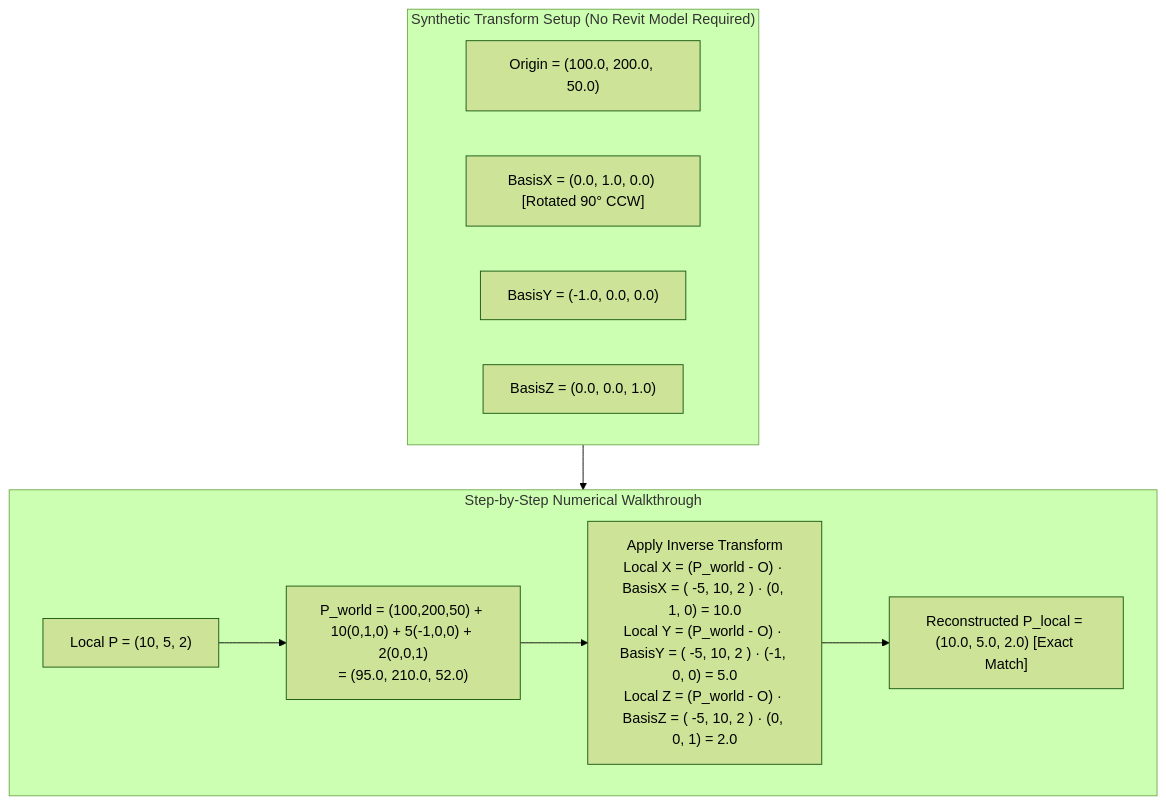
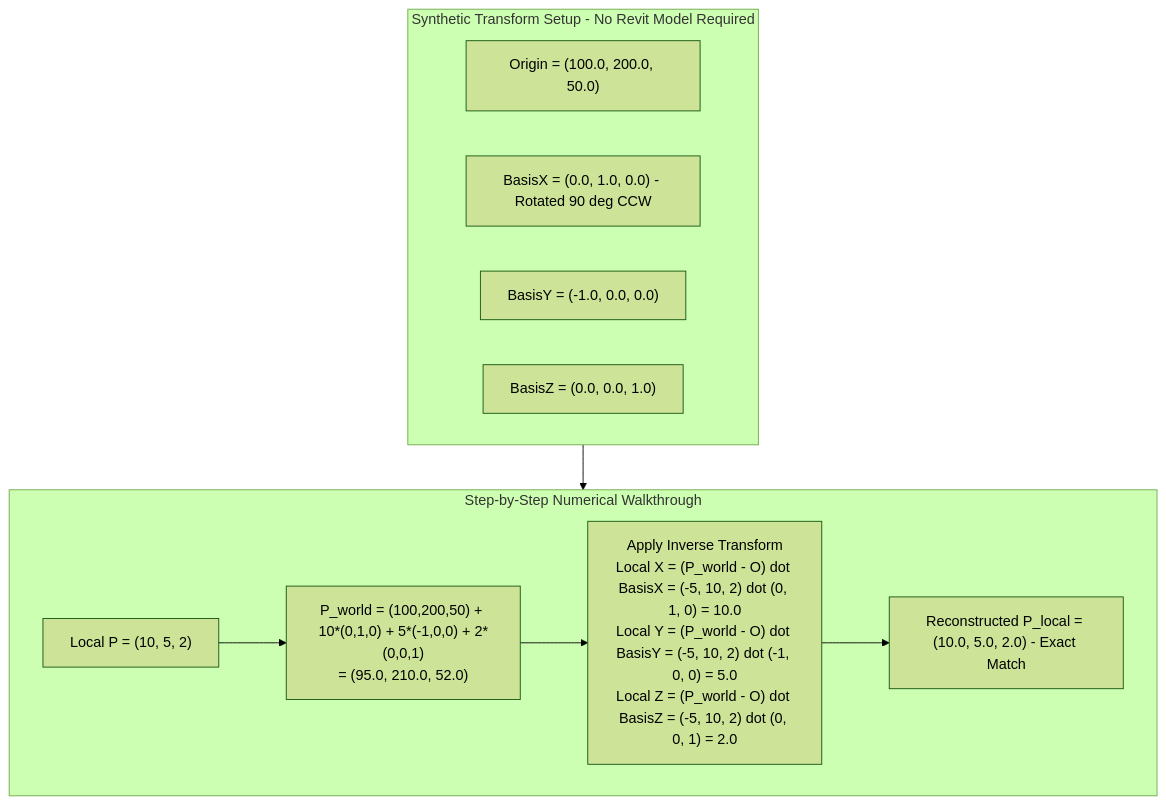
One commit to Mustafa-TOMMY/CommandSamplesRevitApiVer2025 changed diagram 15 of 31 in RevitApiSamples/Samples/TransformModule/TransformModule.md. Above: the diagram before and after it, drawn with Mermaid (forest theme). The commit also changed other lines of this file, not shown here.

Commit message:
Update the mermaid sections

````diff
--- a/RevitApiSamples/Samples/TransformModule/TransformModule.md
+++ b/RevitApiSamples/Samples/TransformModule/TransformModule.md
@@ -451,17 +478,17 @@
 ```mermaid
 flowchart TD
-    subgraph SyntheticSetup["Synthetic Transform Setup (No Revit Model Required)"]
+    subgraph SyntheticSetup["Synthetic Transform Setup - No Revit Model Required"]
         O["Origin = (100.0, 200.0, 50.0)"]
-        BX["BasisX = (0.0, 1.0, 0.0) [Rotated 90° CCW]"]
+        BX["BasisX = (0.0, 1.0, 0.0) - Rotated 90 deg CCW"]
         BY["BasisY = (-1.0, 0.0, 0.0)"]
         BZ["BasisZ = (0.0, 0.0, 1.0)"]
     end
 
     subgraph MathWalkthrough["Step-by-Step Numerical Walkthrough"]
-        PT["Local P = (10, 5, 2)"] --> FWD["P_world = (100,200,50) + 10(0,1,0) + 5(-1,0,0) + 2(0,0,1)\n= (95.0, 210.0, 52.0)"]
-        FWD --> INV["Apply Inverse Transform\nLocal X = (P_world - O) · BasisX = ( -5, 10, 2 ) · (0, 1, 0) = 10.0\nLocal Y = (P_world - O) · BasisY = ( -5, 10, 2 ) · (-1, 0, 0) = 5.0\nLocal Z = (P_world - O) · BasisZ = ( -5, 10, 2 ) · (0, 0, 1) = 2.0"]
-        INV --> MATCH["Reconstructed P_local = (10.0, 5.0, 2.0) [Exact Match]"]
+        PT["Local P = (10, 5, 2)"] --> FWD["P_world = (100,200,50) + 10*(0,1,0) + 5*(-1,0,0) + 2*(0,0,1)<br/>= (95.0, 210.0, 52.0)"]
+        FWD --> INV["Apply Inverse Transform<br/>Local X = (P_world - O) dot BasisX = (-5, 10, 2) dot (0, 1, 0) = 10.0<br/>Local Y = (P_world - O) dot BasisY = (-5, 10, 2) dot (-1, 0, 0) = 5.0<br/>Local Z = (P_world - O) dot BasisZ = (-5, 10, 2) dot (0, 0, 1) = 2.0"]
+        INV --> MATCH["Reconstructed P_local = (10.0, 5.0, 2.0) - Exact Match"]
     end
 
     SyntheticSetup --> MathWalkthrough
 ```
````
